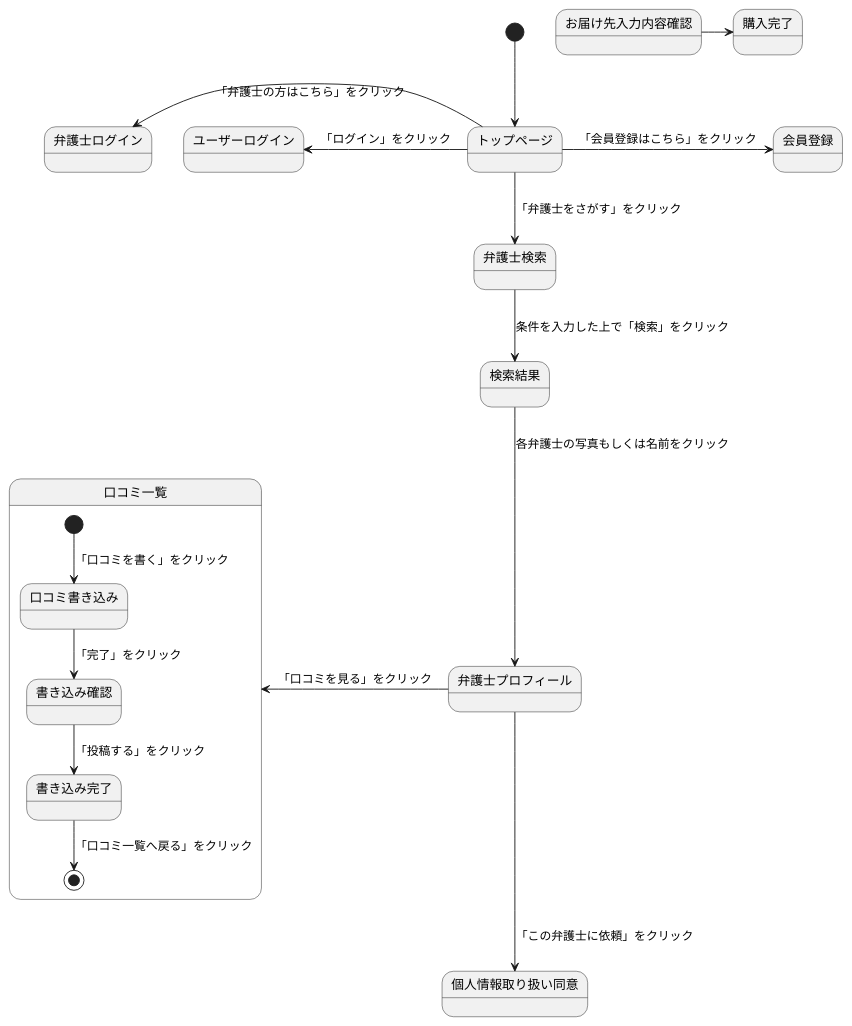
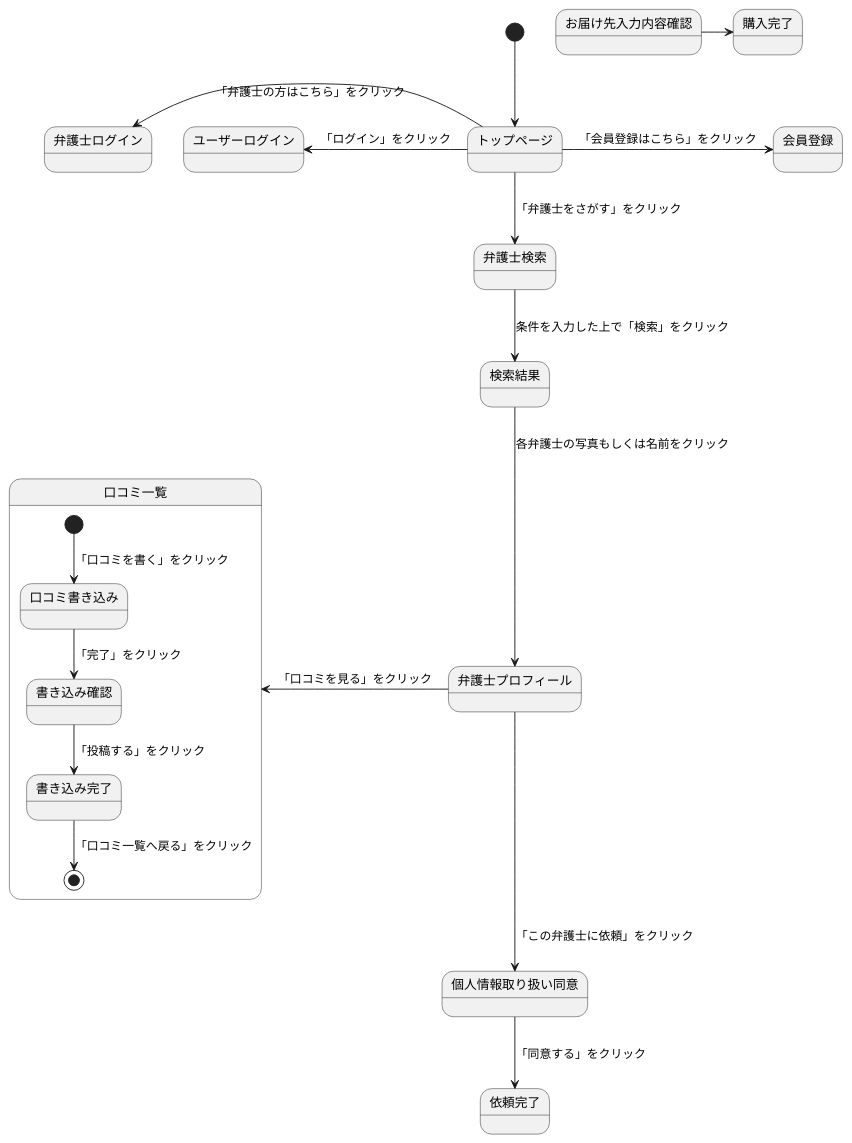
Before and after one commit to Aso2001374/2021sys-design: the diagram in 0524kadai.md, drawn with PlantUML.

````diff
--- a/0524kadai.md
+++ b/0524kadai.md
@@ -1,20 +1,21 @@
 ```uml
 @startuml
 [*] --> トップページ
 トップページ -> 会員登録:「会員登録はこちら」をクリック
 トップページ -left-> ユーザーログイン:「ログイン」をクリック
 トップページ -left-> 弁護士ログイン:「弁護士の方はこちら」をクリック
 トップページ --> 弁護士検索:「弁護士をさがす」をクリック
 弁護士検索 --> 検索結果: 条件を入力した上で「検索」をクリック
 検索結果 -down-> 弁護士プロフィール: 各弁護士の写真もしくは名前をクリック
 弁護士プロフィール -left-> 口コミ一覧:「口コミを見る」をクリック
 弁護士プロフィール --> 個人情報取り扱い同意:「この弁護士に依頼」をクリック
+個人情報取り扱い同意-->依頼完了:「同意する」をクリック
 state 口コミ一覧{
 [*] --> 口コミ書き込み:「口コミを書く」をクリック
 口コミ書き込み --> 書き込み確認:「完了」をクリック
 書き込み確認 --> 書き込み完了:「投稿する」をクリック
 書き込み完了 --> [*]:「口コミ一覧へ戻る」をクリック
 }
 お届け先入力内容確認 -> 購入完了
 @enduml
 ```
````
